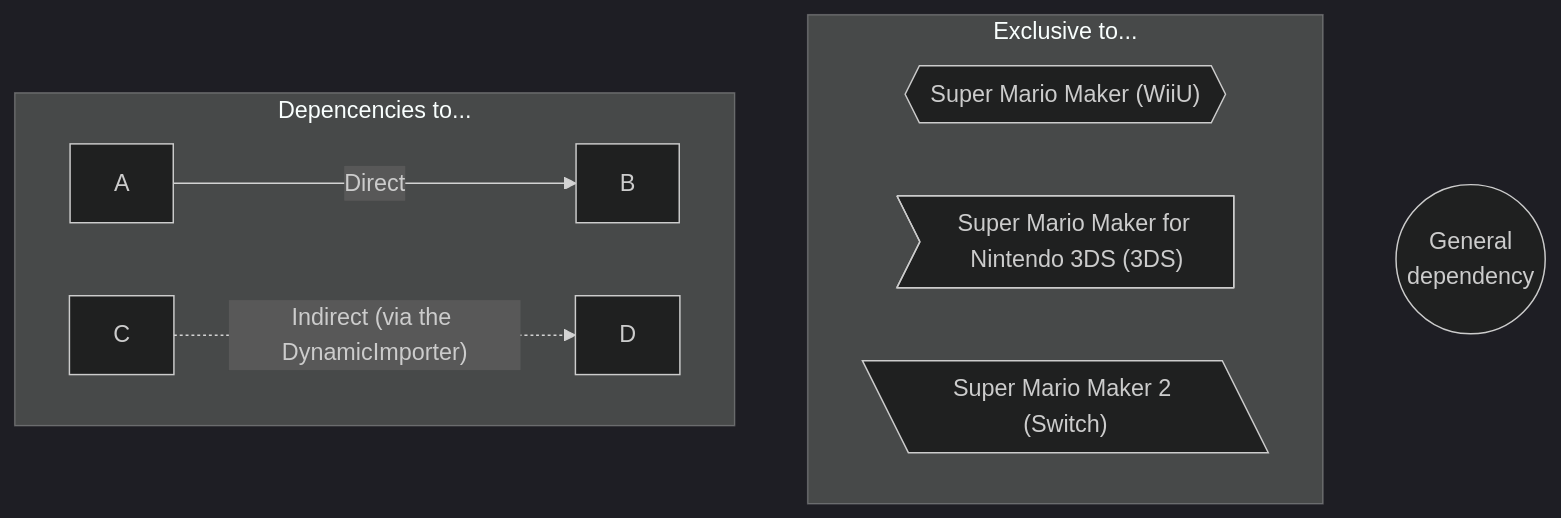
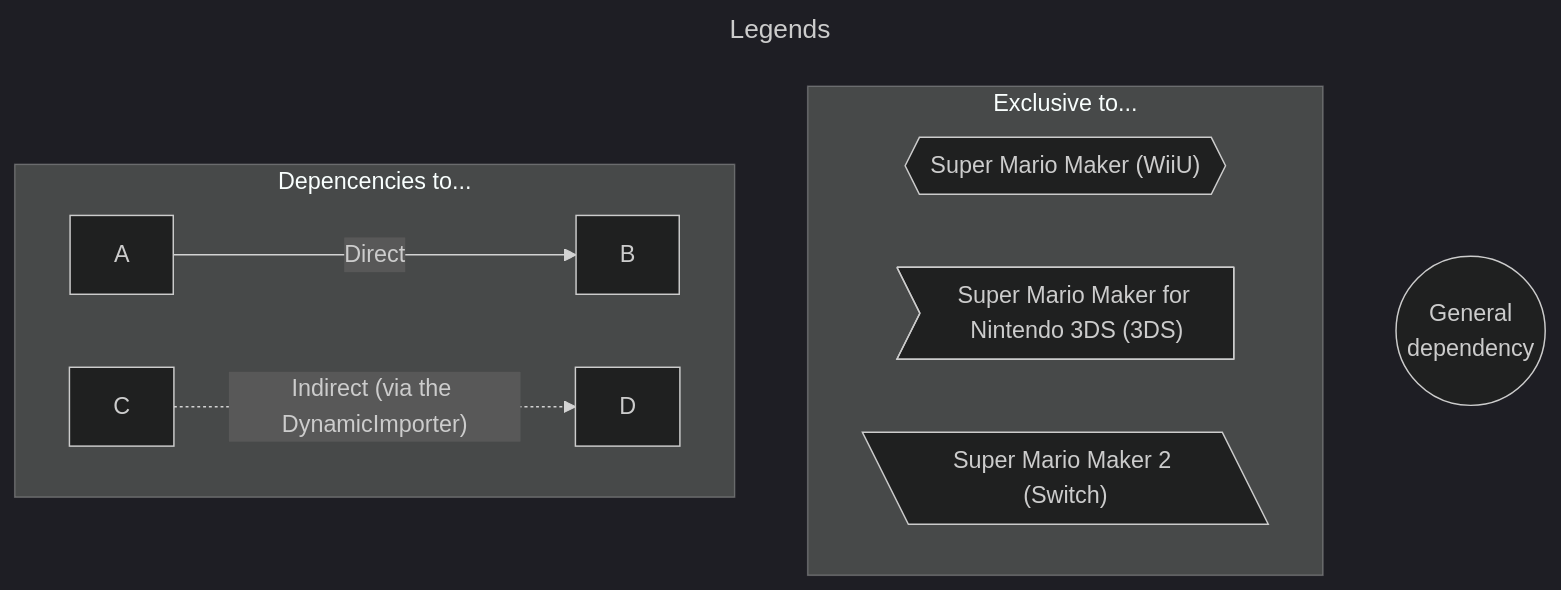
One commit to joooKiwi/smm-encyclopedia changed the first of 2 diagrams in README.md. Above: the diagram before and after it, drawn with Mermaid (dark theme). The commit also changed other lines of this file, not shown here.

````diff
--- a/README.md
+++ b/README.md
@@ -272,13 +273,16 @@
 ```mermaid
+---
+title: Legends
+---
 flowchart TB
   E(("General<br/>dependency"))
   subgraph Exclusive to...
     SMM1{{"Super Mario Maker (WiiU)"}}
     SMM3DS>"Super Mario Maker for Nintendo 3DS (3DS)"]
     SMM2[\"Super Mario Maker 2 (Switch)"\]
   end
   subgraph Depencencies to...
     A -- Direct --> B
     C -. "Indirect (via the DynamicImporter)" .-> D
   end
 ```
````
